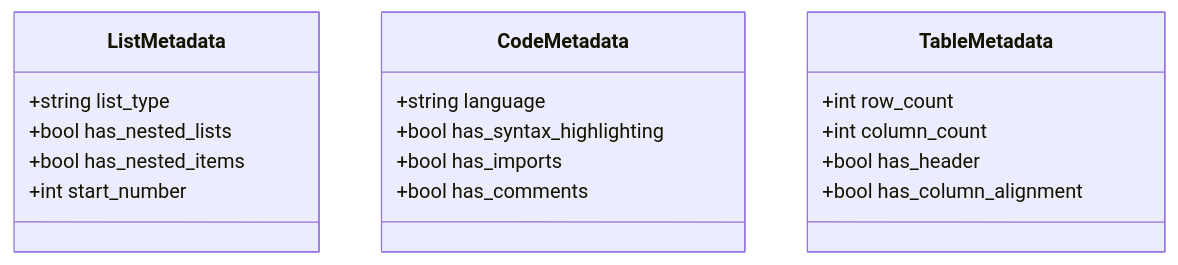
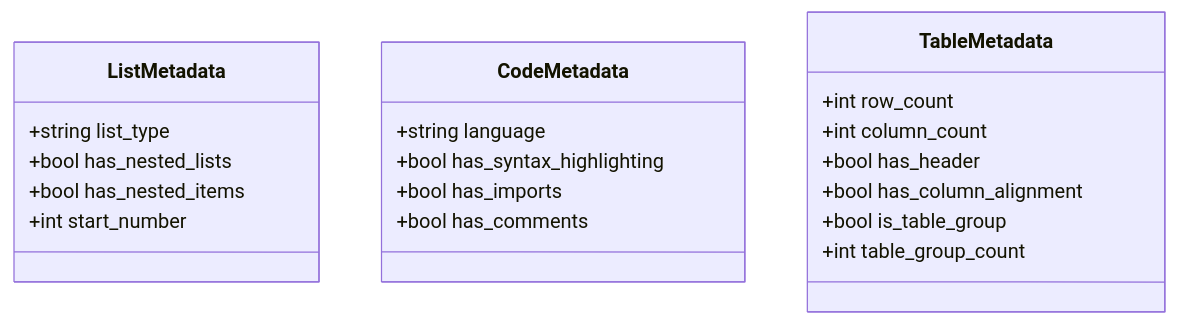
The fifth of 7 diagrams in .qoder/repowiki/en/content/Reference/Output Format Specification/Metadata Schema/Metadata Schema.md (asukhodko/dify-markdown-chunker), drawn with Mermaid before and after one commit. The commit also changed other lines of this file and 4 other files, not shown here.

````diff
--- a/.qoder/repowiki/en/content/Reference/Output Format Specification/Metadata Schema/Metadata Schema.md
+++ b/.qoder/repowiki/en/content/Reference/Output Format Specification/Metadata Schema/Metadata Schema.md
@@ -148,21 +152,23 @@
 ```mermaid
 classDiagram
 class ListMetadata {
 +string list_type
 +bool has_nested_lists
 +bool has_nested_items
 +int start_number
 }
 class CodeMetadata {
 +string language
 +bool has_syntax_highlighting
 +bool has_imports
 +bool has_comments
 }
 class TableMetadata {
 +int row_count
 +int column_count
 +bool has_header
 +bool has_column_alignment
++bool is_table_group
++int table_group_count
 }
 ```
````
